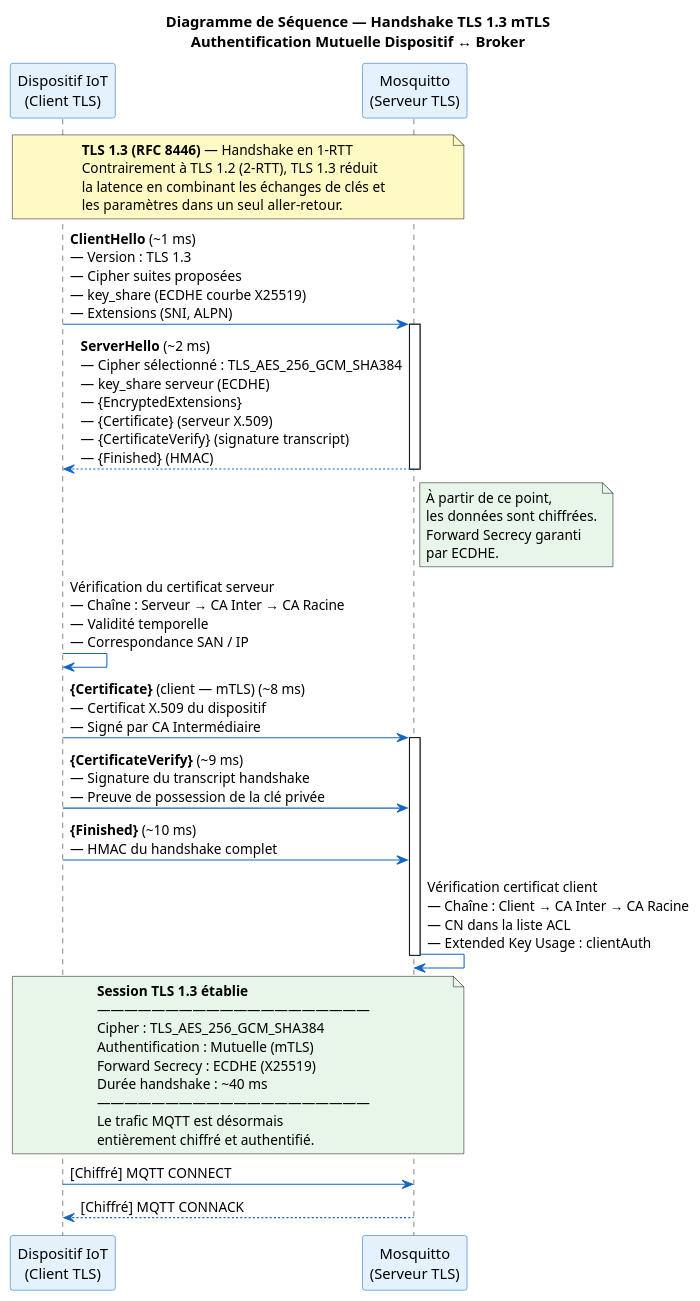
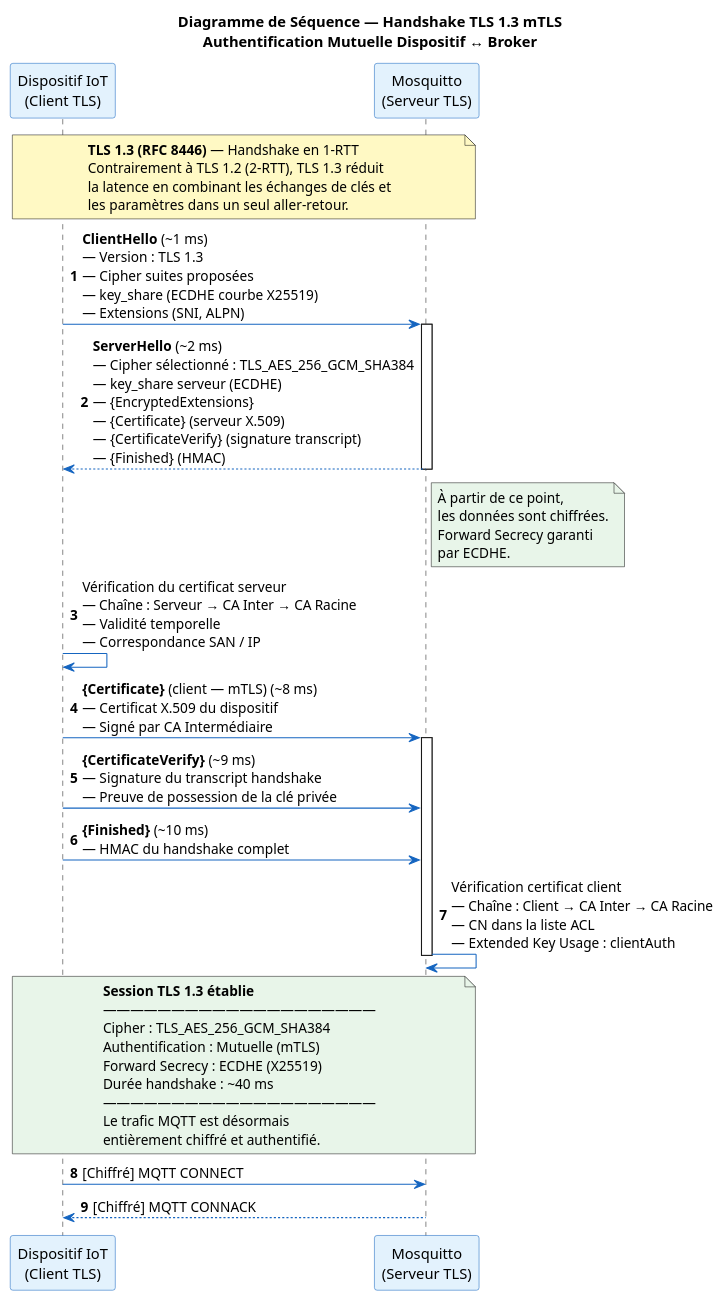
Before and after one commit to AmineGhannouchi/PFE-IoT-Security-TT: the diagram in documentation/rapport4/diagrams/diag-tls-handshake.puml, drawn with PlantUML. The commit also changed 20 other files, not shown here.

Commit message:
refactor: Update diagrams and figures for improved clarity; replace actors with participants and enhance layout

```diff
--- a/documentation/rapport4/diagrams/diag-tls-handshake.puml
+++ b/documentation/rapport4/diagrams/diag-tls-handshake.puml
@@ -1,64 +1,66 @@
 @startuml diag-tls-handshake
 
 skinparam backgroundColor #FFFFFF
 skinparam defaultFontName Arial
 skinparam shadowing false
 skinparam sequence {
   ArrowColor #1565C0
   ParticipantBackgroundColor #E3F2FD
   ParticipantBorderColor #1565C0
 }
 
 title Diagramme de Séquence — Handshake TLS 1.3 mTLS\nAuthentification Mutuelle Dispositif ↔ Broker
 
 participant "Dispositif IoT\n(Client TLS)" as CLIENT
 participant "Mosquitto\n(Serveur TLS)" as SERVER
+
+autonumber
 
 note over CLIENT, SERVER #FFF9C4
   **TLS 1.3 (RFC 8446)** — Handshake en 1-RTT
   Contrairement à TLS 1.2 (2-RTT), TLS 1.3 réduit
   la latence en combinant les échanges de clés et
   les paramètres dans un seul aller-retour.
 end note
 
 CLIENT -> SERVER : **ClientHello** (~1 ms)\n— Version : TLS 1.3\n— Cipher suites proposées\n— key_share (ECDHE courbe X25519)\n— Extensions (SNI, ALPN)
 activate SERVER
 
 SERVER --> CLIENT : **ServerHello** (~2 ms)\n— Cipher sélectionné : TLS_AES_256_GCM_SHA384\n— key_share serveur (ECDHE)\n— {EncryptedExtensions}\n— {Certificate} (serveur X.509)\n— {CertificateVerify} (signature transcript)\n— {Finished} (HMAC)
 deactivate SERVER
 
 note right of SERVER #E8F5E9
   À partir de ce point,
   les données sont chiffrées.
   Forward Secrecy garanti
   par ECDHE.
 end note
 
 CLIENT -> CLIENT : Vérification du certificat serveur\n— Chaîne : Serveur → CA Inter → CA Racine\n— Validité temporelle\n— Correspondance SAN / IP
 
 CLIENT -> SERVER : **{Certificate}** (client — mTLS) (~8 ms)\n— Certificat X.509 du dispositif\n— Signé par CA Intermédiaire
 activate SERVER
 
 CLIENT -> SERVER : **{CertificateVerify}** (~9 ms)\n— Signature du transcript handshake\n— Preuve de possession de la clé privée
 
 CLIENT -> SERVER : **{Finished}** (~10 ms)\n— HMAC du handshake complet
 
 SERVER -> SERVER : Vérification certificat client\n— Chaîne : Client → CA Inter → CA Racine\n— CN dans la liste ACL\n— Extended Key Usage : clientAuth
 deactivate SERVER
 
 note over CLIENT, SERVER #E8F5E9
   **Session TLS 1.3 établie**
   ————————————————————
   Cipher : TLS_AES_256_GCM_SHA384
   Authentification : Mutuelle (mTLS)
   Forward Secrecy : ECDHE (X25519)
   Durée handshake : ~40 ms
   ————————————————————
   Le trafic MQTT est désormais
   entièrement chiffré et authentifié.
 end note
 
 CLIENT -> SERVER : [Chiffré] MQTT CONNECT
 SERVER --> CLIENT : [Chiffré] MQTT CONNACK
 
 @enduml
```
